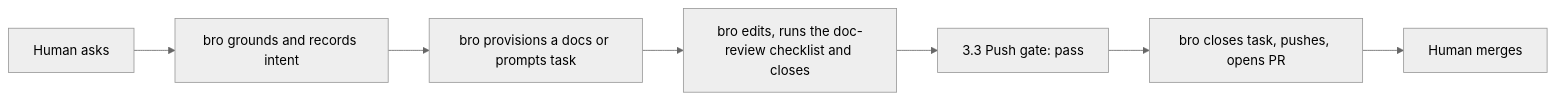
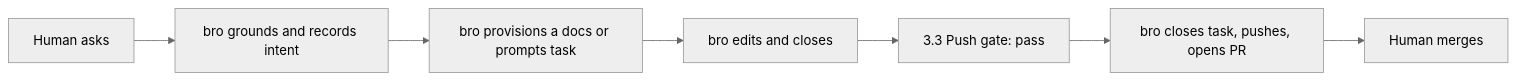
One commit to trustmybot/plugin changed the sixth of 17 diagrams in docs/architecture/FLOWS.md. Above: the diagram before and after it, drawn with Mermaid (neutral theme). The commit also changed other lines of this file and 1 other file, not shown here.

Commit message:
📝 docs(architecture): bro's doc-review self-check is planned (GH 3139)

````diff
--- a/docs/architecture/FLOWS.md
+++ b/docs/architecture/FLOWS.md
@@ -104,9 +104,9 @@
 ```mermaid
 flowchart LR
     A[Human asks] --> B[bro grounds and records intent]
     B --> C[bro provisions a docs or prompts task]
-    C --> D[bro edits, runs the doc-review checklist and closes]
+    C --> D[bro edits and closes]
     D --> E[3.3 Push gate: pass]
     E --> F[bro closes task, pushes, opens PR]
     F --> G[Human merges]
 ```
````
